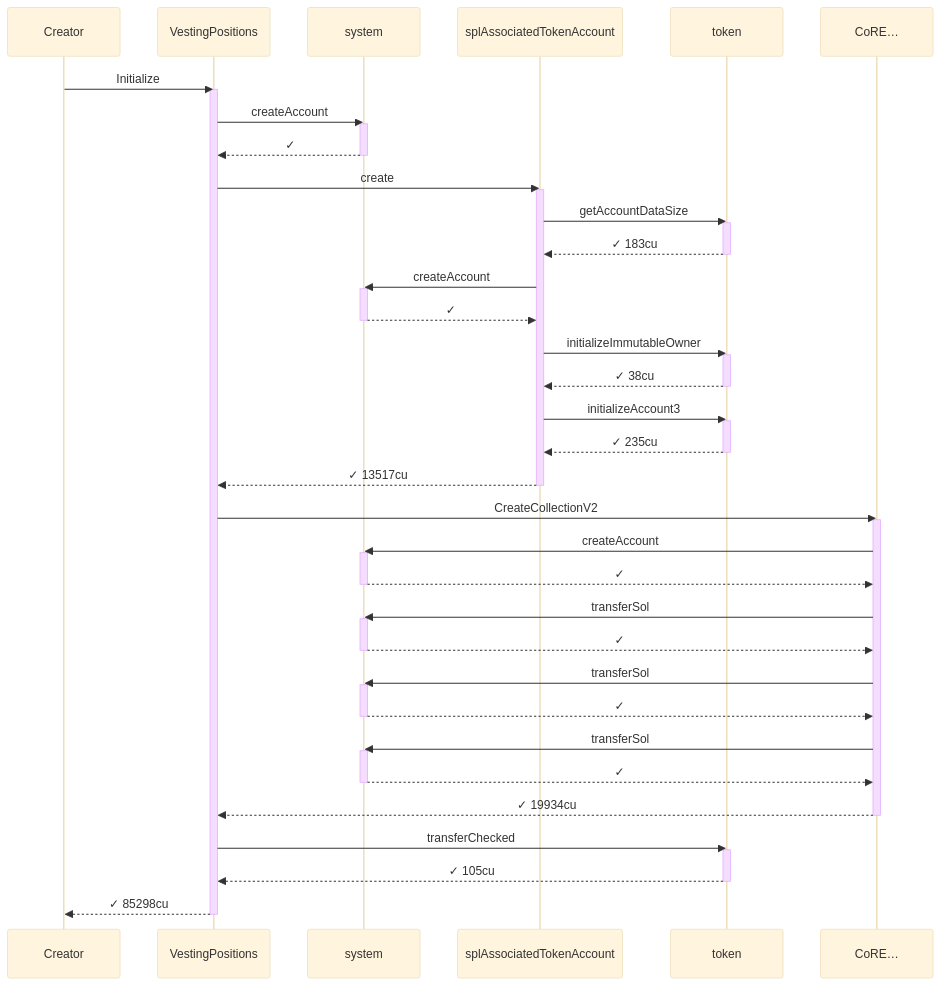
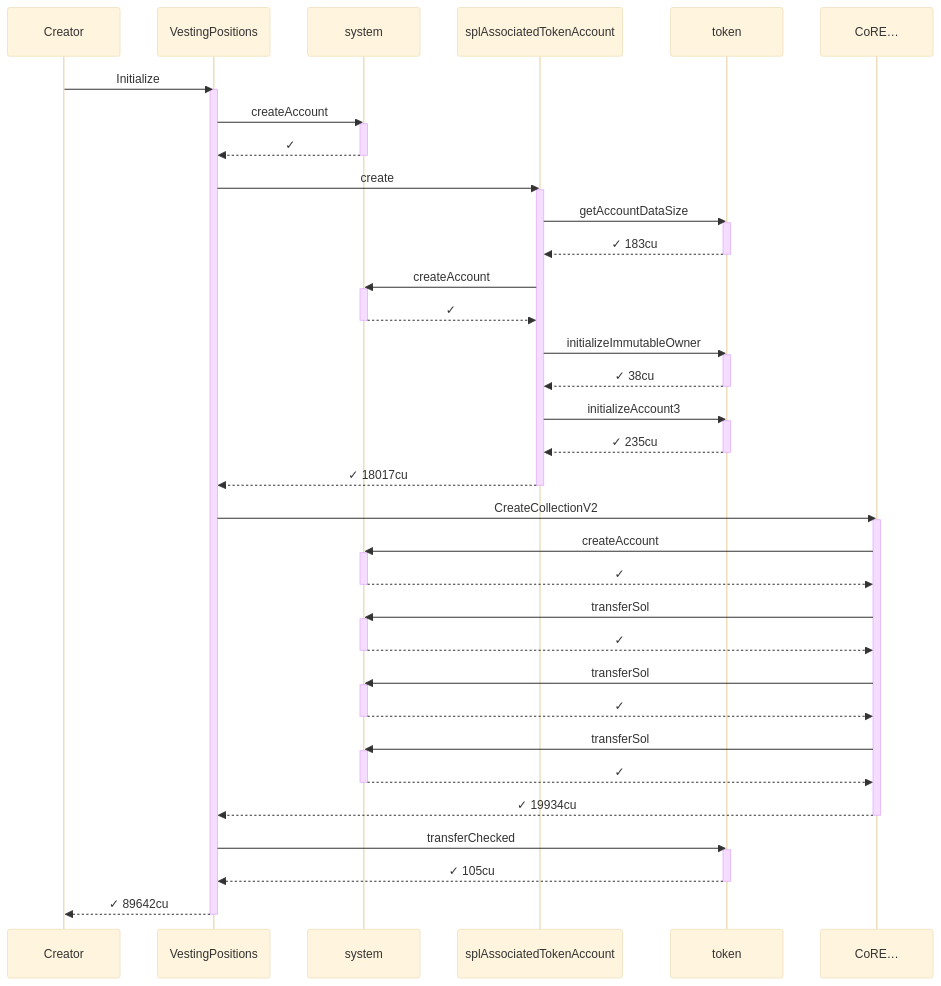
The first of 9 diagrams in babelfish-tests/test-report/pure_linear_starts_at_cliff_end.md (cds-turbin3/vesting-position), drawn with Mermaid (base theme) before and after one commit. The commit also changed other lines of this file and 106 other files, not shown here.

````diff
--- a/babelfish-tests/test-report/pure_linear_starts_at_cliff_end.md
+++ b/babelfish-tests/test-report/pure_linear_starts_at_cliff_end.md
@@ -44,61 +49,61 @@
 ```mermaid
 sequenceDiagram
     participant p0 as Creator
     participant p1 as VestingPositions
     participant p2 as system
     participant p3 as splAssociatedTokenAccount
     participant p4 as token
     participant p5 as CoRE…
     p0->>p1: Initialize
     activate p1
     p1->>p2: createAccount
     activate p2
     p2-->>p1: ✓
     deactivate p2
     p1->>p3: create
     activate p3
     p3->>p4: getAccountDataSize
     activate p4
     p4-->>p3: ✓ 183cu
     deactivate p4
     p3->>p2: createAccount
     activate p2
     p2-->>p3: ✓
     deactivate p2
     p3->>p4: initializeImmutableOwner
     activate p4
     p4-->>p3: ✓ 38cu
     deactivate p4
     p3->>p4: initializeAccount3
     activate p4
     p4-->>p3: ✓ 235cu
     deactivate p4
-    p3-->>p1: ✓ 13517cu
+    p3-->>p1: ✓ 18017cu
     deactivate p3
     p1->>p5: CreateCollectionV2
     activate p5
     p5->>p2: createAccount
     activate p2
     p2-->>p5: ✓
     deactivate p2
     p5->>p2: transferSol
     activate p2
     p2-->>p5: ✓
     deactivate p2
     p5->>p2: transferSol
     activate p2
     p2-->>p5: ✓
     deactivate p2
     p5->>p2: transferSol
     activate p2
     p2-->>p5: ✓
     deactivate p2
     p5-->>p1: ✓ 19934cu
     deactivate p5
     p1->>p4: transferChecked
     activate p4
     p4-->>p1: ✓ 105cu
     deactivate p4
-    p1-->>p0: ✓ 85298cu
+    p1-->>p0: ✓ 89642cu
     deactivate p1
 ```
````
